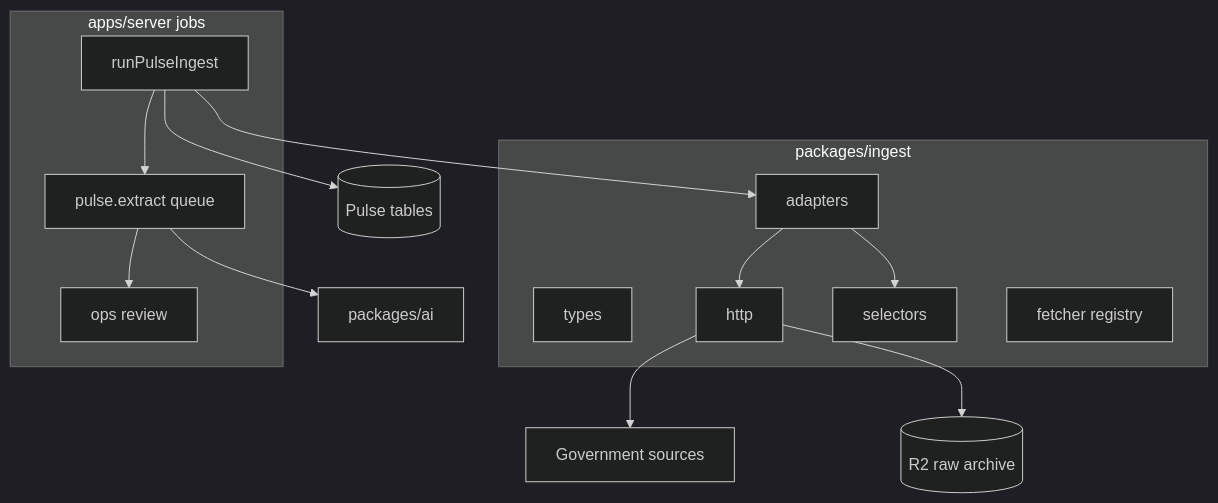
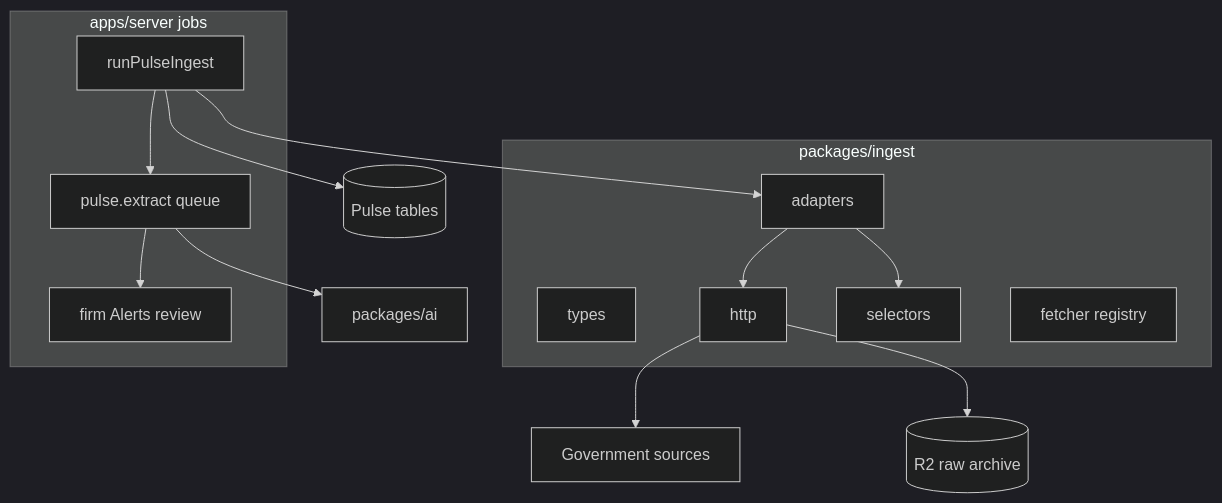
The fourth of 4 diagrams in docs/project-modules/10-ingest-pulse-sources.md (langgenius/due-date-hq-jhx-lyz), drawn with Mermaid (dark theme) before and after one commit. The commit also changed other lines of this file and 39 other files, not shown here.

Commit message:
refactor(router): remove OpsPulse route and update localization for review statuses in concept help and migration features

````diff
--- a/docs/project-modules/10-ingest-pulse-sources.md
+++ b/docs/project-modules/10-ingest-pulse-sources.md
@@ -137,31 +137,31 @@
 ```mermaid
 flowchart TB
   subgraph Ingest["packages/ingest"]
     Types["types"]
     Adapters["adapters"]
     HTTP["http"]
     Selectors["selectors"]
     Fetcher["fetcher registry"]
   end
 
   subgraph Server["apps/server jobs"]
     Cron["runPulseIngest"]
     Extract["pulse.extract queue"]
-    Ops["ops review"]
+    Alerts["firm Alerts review"]
   end
 
   Sources["Government sources"]
   R2[("R2 raw archive")]
   D1[("Pulse tables")]
   AI["packages/ai"]
 
   Cron --> Adapters
   Adapters --> HTTP
   HTTP --> Sources
   HTTP --> R2
   Adapters --> Selectors
   Cron --> D1
   Cron --> Extract
   Extract --> AI
-  Extract --> Ops
+  Extract --> Alerts
 ```
````
